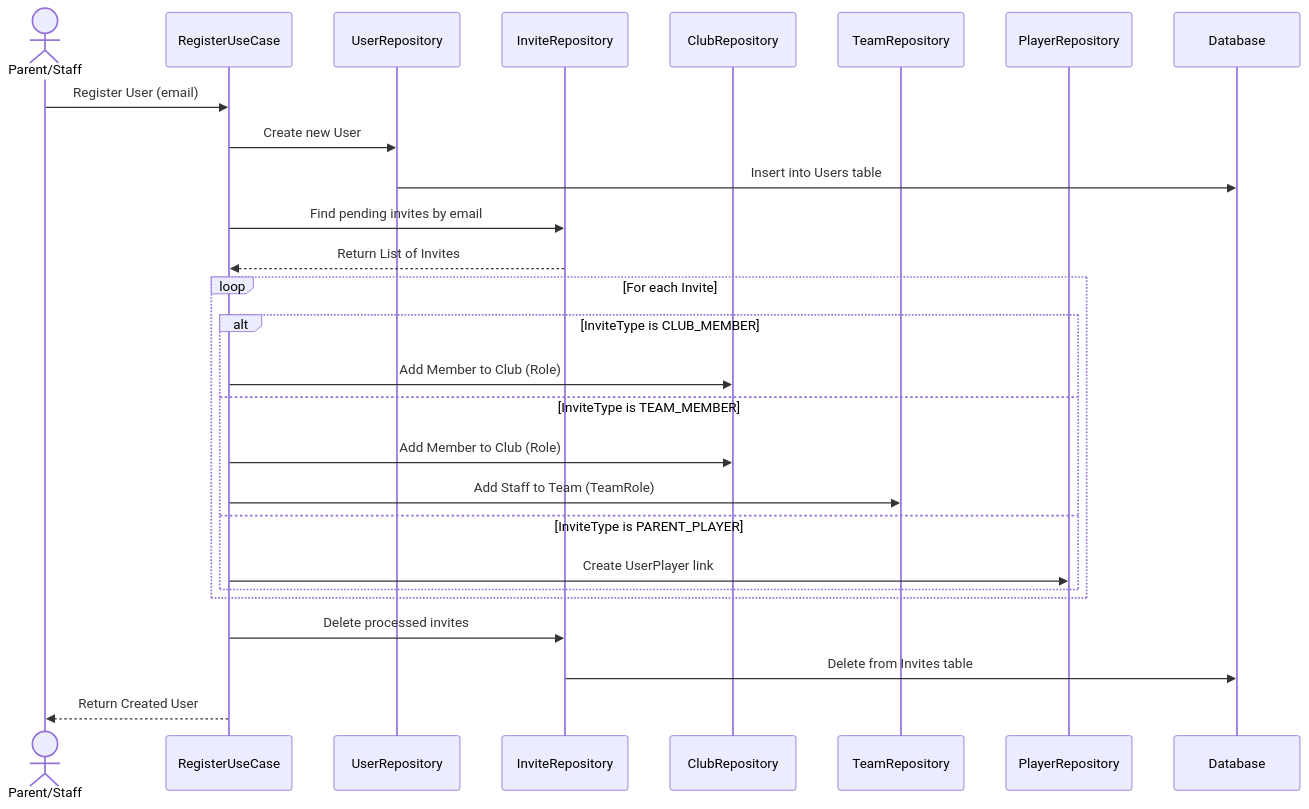
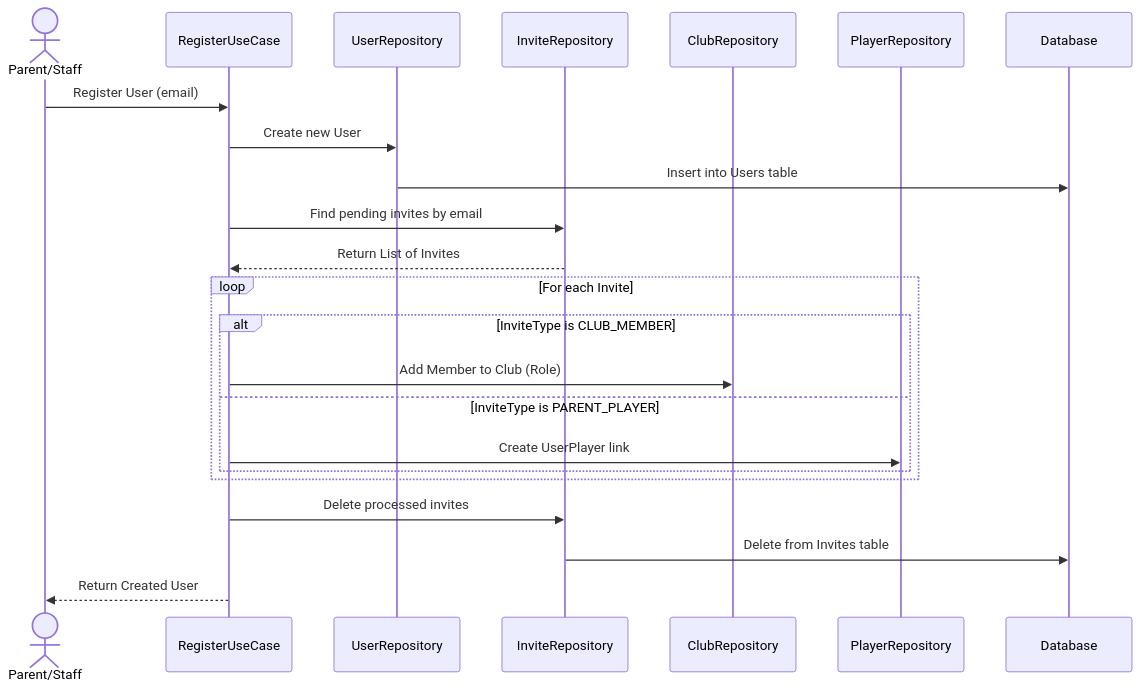
One commit to ricardofrango/squadify changed the second of 7 diagrams in TECHNICAL_DECISIONS.md. Above: the diagram before and after it, drawn with Mermaid. The commit also changed other lines of this file and 50 other files, not shown here.

````diff
--- a/TECHNICAL_DECISIONS.md
+++ b/TECHNICAL_DECISIONS.md
@@ -90,30 +90,26 @@
 ```mermaid
 sequenceDiagram
     actor A as Parent/Staff
     participant UC as RegisterUseCase
     participant UR as UserRepository
     participant IR as InviteRepository
     participant CR as ClubRepository
-    participant TR as TeamRepository
     participant PR as PlayerRepository
     participant DB as Database
 
     A->>UC: Register User (email)
     UC->>UR: Create new User
     UR->>DB: Insert into Users table
     UC->>IR: Find pending invites by email
     IR-->>UC: Return List of Invites
     loop For each Invite
         alt InviteType is CLUB_MEMBER
             UC->>CR: Add Member to Club (Role)
-        else InviteType is TEAM_MEMBER
-            UC->>CR: Add Member to Club (Role)
-            UC->>TR: Add Staff to Team (TeamRole)
         else InviteType is PARENT_PLAYER
             UC->>PR: Create UserPlayer link
         end
     end
     UC->>IR: Delete processed invites
     IR->>DB: Delete from Invites table
     UC-->>A: Return Created User
 ```
````
